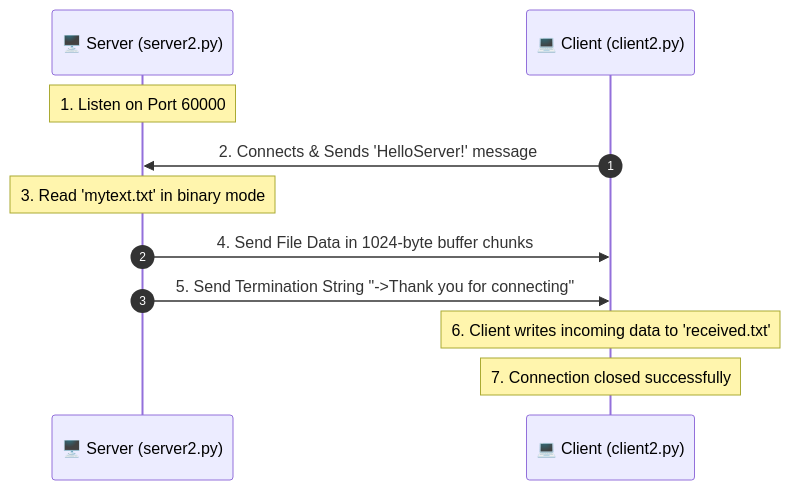
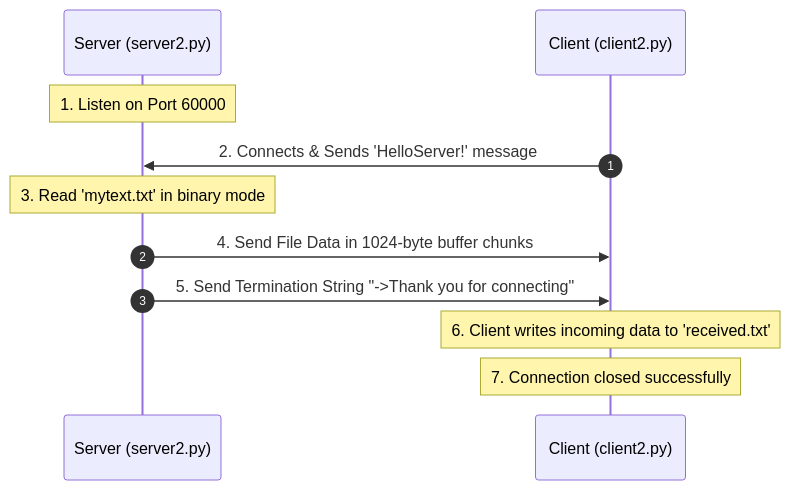
The fifth of 8 diagrams in Muhammad-Affan-23FA-003-SE/Chapter06/README.md (RameenAnwar/PDC-SP26-SE), drawn with Mermaid before and after one commit. The commit also changed other lines of this file, not shown here.

````diff
--- a/Muhammad-Affan-23FA-003-SE/Chapter06/README.md
+++ b/Muhammad-Affan-23FA-003-SE/Chapter06/README.md
@@ -176,14 +176,14 @@
 ```mermaid
 sequenceDiagram
     autonumber
-    participant Server as 🖥️ Server (server2.py)
-    participant Client as 💻 Client (client2.py)
+    participant Server as Server (server2.py)
+    participant Client as Client (client2.py)
     
     Note over Server: 1. Listen on Port 60000
     Client->>Server: 2. Connects & Sends 'HelloServer!' message
     Note over Server: 3. Read 'mytext.txt' in binary mode
     Server->>Client: 4. Send File Data in 1024-byte buffer chunks
     Server->>Client: 5. Send Termination String "->Thank you for connecting"
     Note over Client: 6. Client writes incoming data to 'received.txt'
     Note over Client: 7. Connection closed successfully
 ```
````
